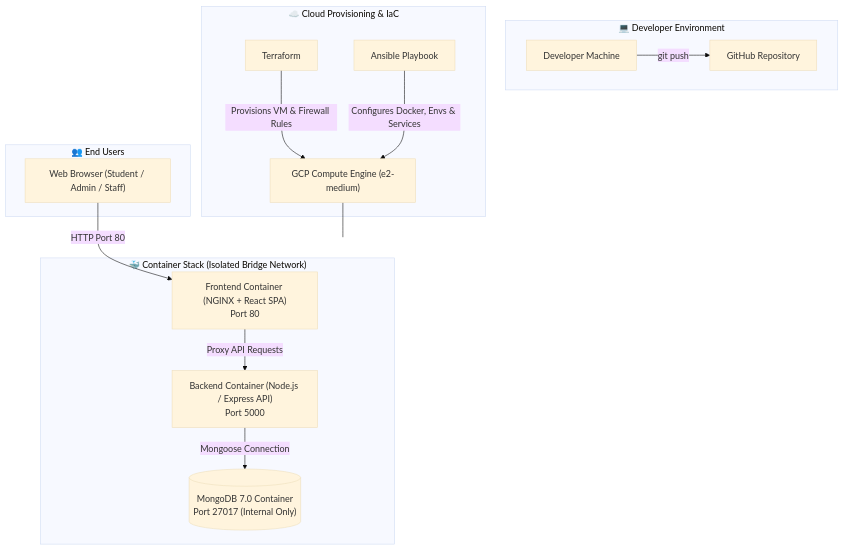
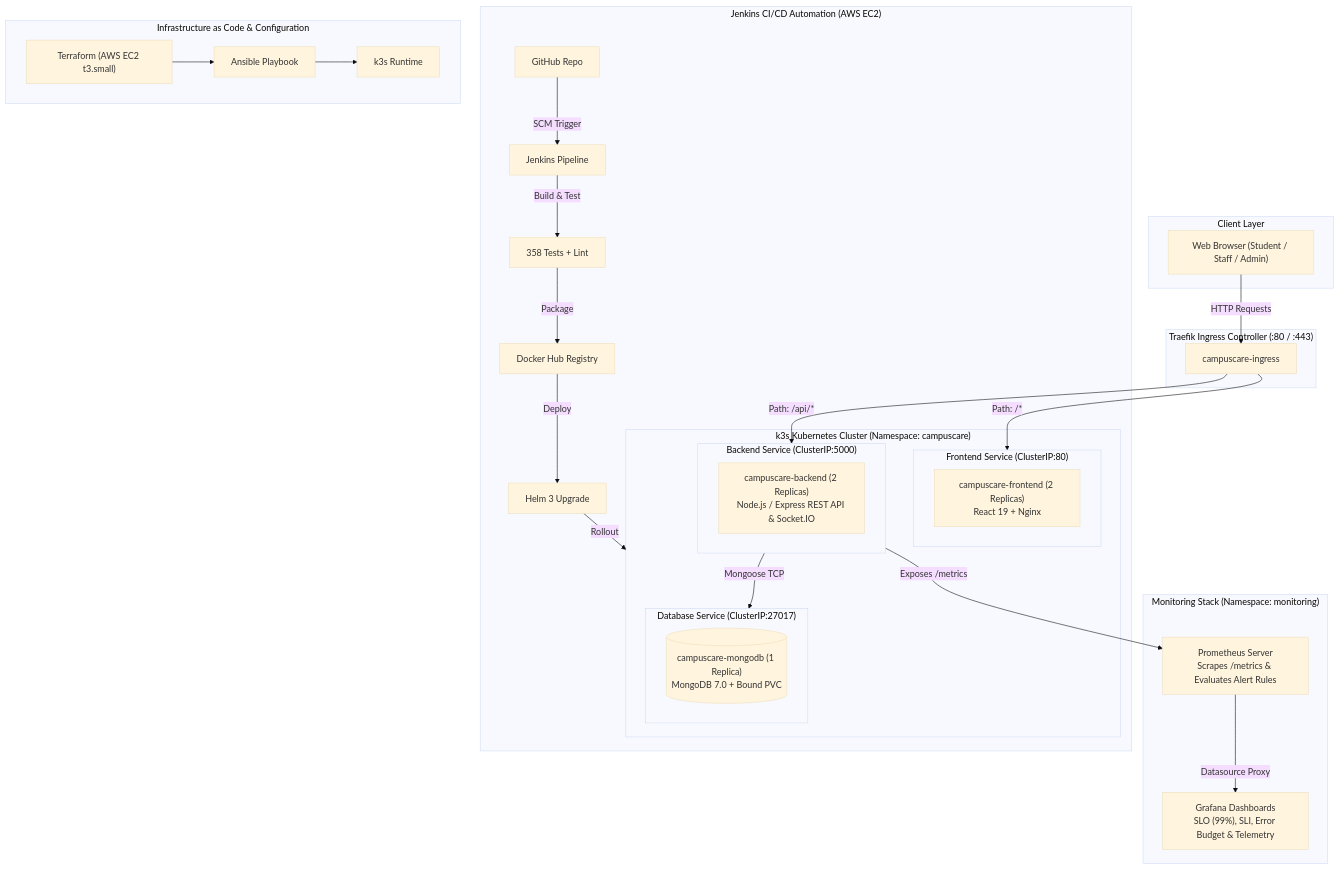
Before and after one commit to SwayamMandhani06/CampusCare: the diagram in README.md, drawn with Mermaid (base theme). The commit also changed other lines of this file and 1 other file, not shown here.

Commit message:
docs: finalize project documentation and repository hygiene

````diff
--- a/README.md
+++ b/README.md
@@ -97,26 +70,48 @@
 ```mermaid
 flowchart TD
-    subgraph Developer_Environment["💻 Developer Environment"]
-        Dev["Developer Machine"] -->|git push| GH["GitHub Repository"]
+    subgraph Client_Layer["Client Layer"]
+        Browser["Web Browser (Student / Staff / Admin)"]
     end
 
-    subgraph Infrastructure_Provisioning["☁️ Cloud Provisioning & IaC"]
-        TF["Terraform"] -->|Provisions VM & Firewall Rules| GCP["GCP Compute Engine (e2-medium)"]
-        ANS["Ansible Playbook"] -->|Configures Docker, Envs & Services| GCP
+    subgraph Ingress_Layer["Traefik Ingress Controller (:80 / :443)"]
+        Ingress["campuscare-ingress"]
     end
 
-    subgraph Docker_Compose_Stack["🐳 Container Stack (Isolated Bridge Network)"]
-        Nginx["Frontend Container (NGINX + React SPA)\nPort 80"]
-        API["Backend Container (Node.js / Express API)\nPort 5000"]
-        DB[("MongoDB 7.0 Container\nPort 27017 (Internal Only)")]
-        
-        Nginx -->|Proxy API Requests| API
-        API -->|Mongoose Connection| DB
+    subgraph Kubernetes_Cluster["k3s Kubernetes Cluster (Namespace: campuscare)"]
+        subgraph Frontend_Service["Frontend Service (ClusterIP:80)"]
+            FE_Pods["campuscare-frontend (2 Replicas)\nReact 19 + Nginx"]
+        end
+
+        subgraph Backend_Service["Backend Service (ClusterIP:5000)"]
+            BE_Pods["campuscare-backend (2 Replicas)\nNode.js / Express REST API & Socket.IO"]
+        end
+
+        subgraph Database_Service["Database Service (ClusterIP:27017)"]
+            DB_Pod[("campuscare-mongodb (1 Replica)\nMongoDB 7.0 + Bound PVC")]
+        end
     end
 
-    subgraph End_Users["👥 End Users"]
-        Browser["Web Browser (Student / Admin / Staff)"] -->|HTTP Port 80| Nginx
+    subgraph Monitoring_Stack["Monitoring Stack (Namespace: monitoring)"]
+        Prometheus["Prometheus Server\nScrapes /metrics & Evaluates Alert Rules"]
+        Grafana["Grafana Dashboards\nSLO (99%), SLI, Error Budget & Telemetry"]
     end
 
-    GCP --- Docker_Compose_Stack
+    subgraph CI_CD_Pipeline["Jenkins CI/CD Automation (AWS EC2)"]
+        GitHub["GitHub Repo"] -->|SCM Trigger| Jenkins["Jenkins Pipeline"]
+        Jenkins -->|Build & Test| Tests["358 Tests + Lint"]
+        Tests -->|Package| DockerHub["Docker Hub Registry"]
+        DockerHub -->|Deploy| Helm["Helm 3 Upgrade"]
+        Helm -->|Rollout| Kubernetes_Cluster
+    end
+
+    subgraph Infrastructure_Layer["Infrastructure as Code & Configuration"]
+        TF["Terraform (AWS EC2 t3.small)"] --> Ansible["Ansible Playbook"] --> k3s["k3s Runtime"]
+    end
+
+    Browser -->|HTTP Requests| Ingress
+    Ingress -->|Path: /*| Frontend_Service
+    Ingress -->|Path: /api/*| Backend_Service
+    Backend_Service -->|Mongoose TCP| Database_Service
+    Backend_Service -->|Exposes /metrics| Prometheus
+    Prometheus -->|Datasource Proxy| Grafana
 ```
````
